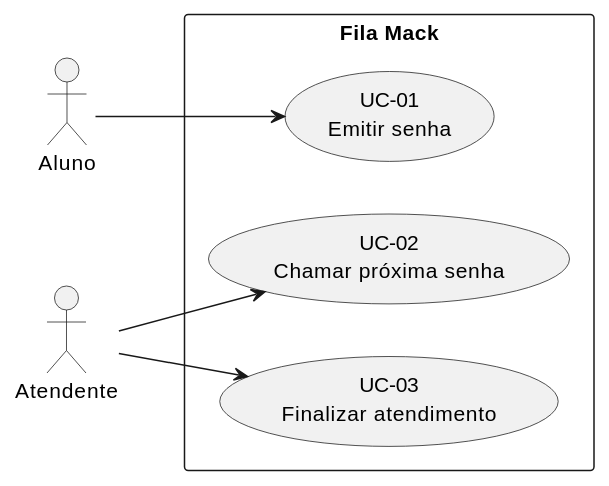
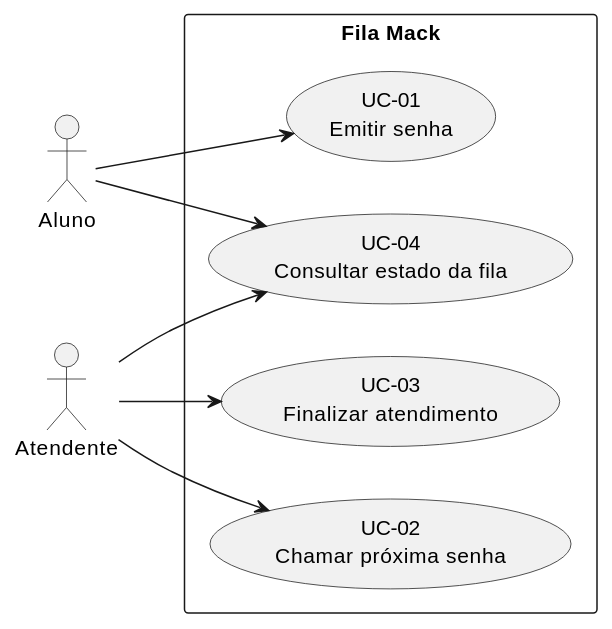
One commit to MarcosArambasic/dev_orientado_a_spec_IA changed the diagram in projeto/specs/uml/userCases/use-case-diagram.md. Above: the diagram before and after it, drawn with PlantUML. The commit also changed 10 other files, not shown here.

````diff
--- a/projeto/specs/uml/userCases/use-case-diagram.md
+++ b/projeto/specs/uml/userCases/use-case-diagram.md
@@ -3,19 +3,22 @@
 ```plantuml
 @startuml
 left to right direction
 skinparam packageStyle rectangle
 
 actor Aluno
 actor Atendente
 
 rectangle "Fila Mack" {
   usecase "UC-01\nEmitir senha" as UC01
   usecase "UC-02\nChamar próxima senha" as UC02
   usecase "UC-03\nFinalizar atendimento" as UC03
+  usecase "UC-04\nConsultar estado da fila" as UC04
 }
 
 Aluno --> UC01
+Atendente --> UC03
 Atendente --> UC02
-Atendente --> UC03
+Aluno --> UC04
+Atendente --> UC04
 @enduml
 ```
````
